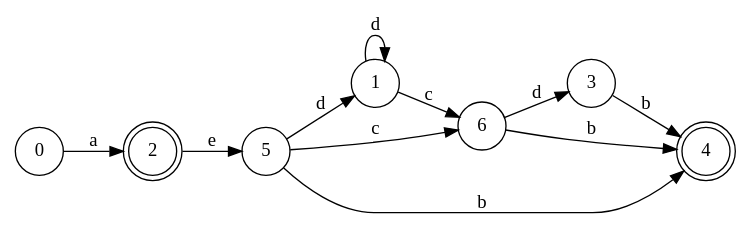
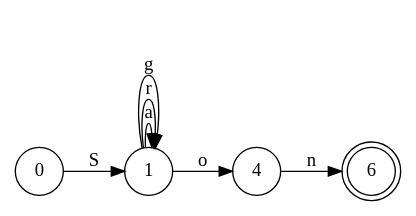
The diagram in dfa.dot (Yanis540/M2), drawn with Graphviz before and after one commit. The commit also changed 3 other files, not shown here.

```diff
--- a/dfa.dot
+++ b/dfa.dot
@@ -1,16 +1,11 @@
 digraph DFA {
   rankdir=LR;
   node [shape = circle];
-  0 -> 2 [label="a"];
-  1 -> 6 [label="c"];
-  1 -> 1 [label="d"];
-  2 [shape = doublecircle];
-  2 -> 5 [label="e"];
-  3 -> 4 [label="b"];
-  4 [shape = doublecircle];
-  5 -> 4 [label="b"];
-  5 -> 6 [label="c"];
-  5 -> 1 [label="d"];
-  6 -> 4 [label="b"];
-  6 -> 3 [label="d"];
+  1 -> 1 [label="a"];
+  1 -> 1 [label="r"];
+  1 -> 1 [label="g"];
+  1 -> 4 [label="o"];
+  6 [shape = doublecircle];
+  4 -> 6 [label="n"];
+  0 -> 1 [label="S"];
 }
```
